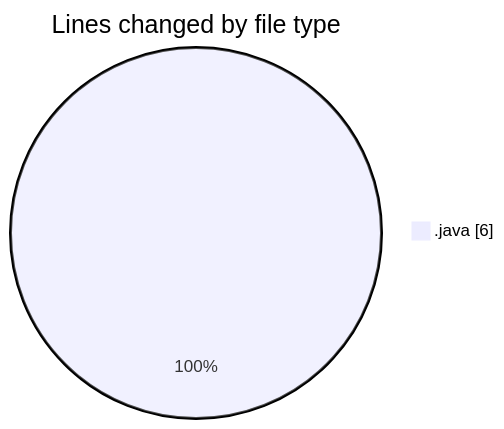
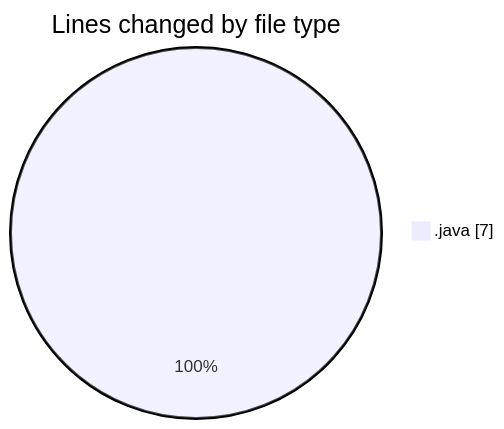
Before and after one commit to hasnaa123/code-tracking: the first of 2 diagrams in 2026-10-04/taskforge/README.md, drawn with Mermaid. The commit also changed other lines of this file and 1 other file, not shown here.

````diff
--- a/2026-10-04/taskforge/README.md
+++ b/2026-10-04/taskforge/README.md
@@ -20,5 +20,5 @@
 ```mermaid
 pie showData
 title Lines changed by file type
-".java" : 6
+".java" : 7
 ```
````
